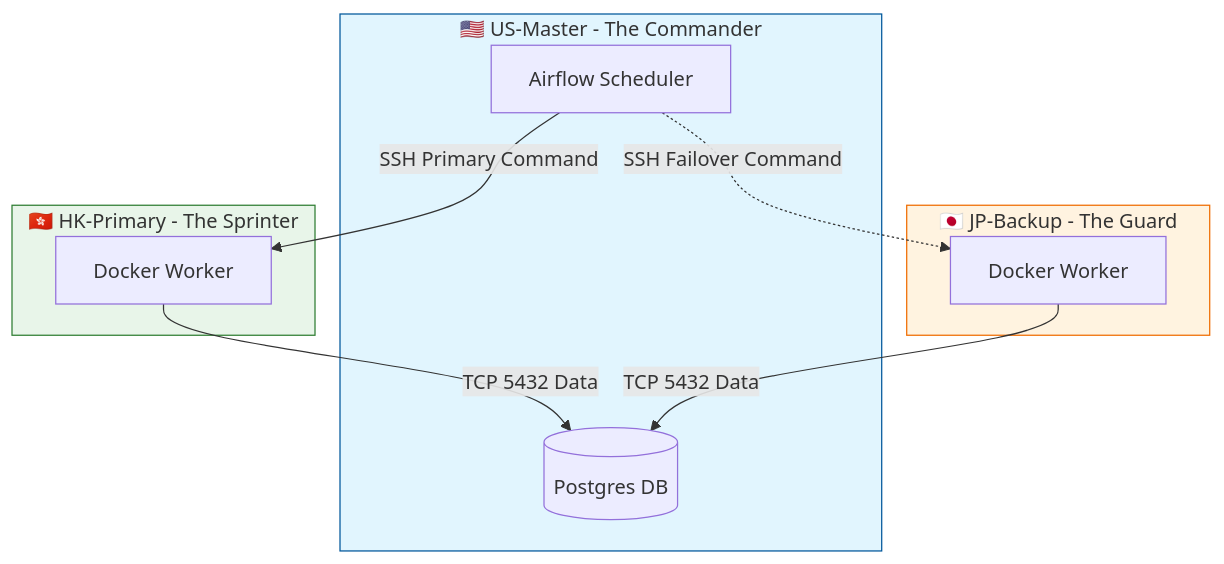
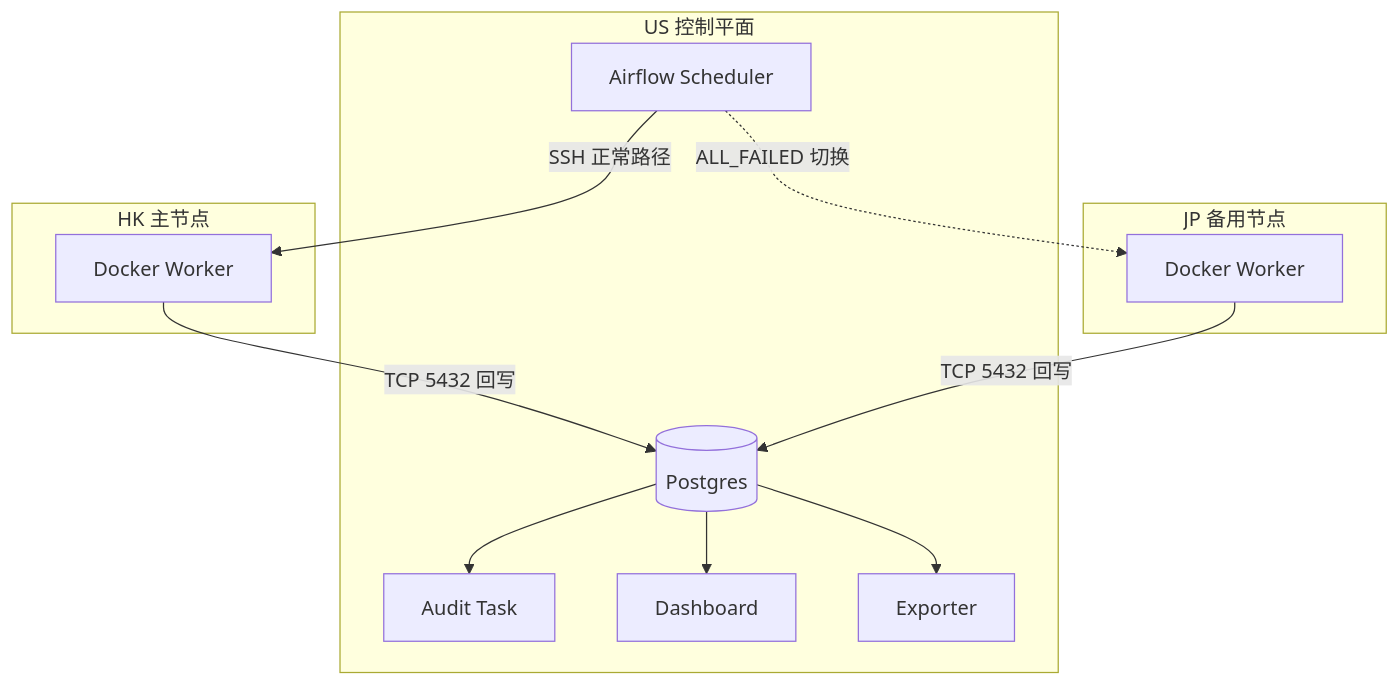
One commit to CLampard-Y/financial-anomaly-detection changed the diagram in docs/architecture_design.md. Above: the diagram before and after it, drawn with Mermaid. The commit also changed other lines of this file and 16 other files, not shown here.

````diff
--- a/docs/architecture_design.md
+++ b/docs/architecture_design.md
@@ -19,24 +40,26 @@
 ```mermaid
 graph TD
-    subgraph US_Region["🇺🇸 US-Master - The Commander"]
-        Airflow[Airflow Scheduler]
-        DB[(Postgres DB)]
+    subgraph US[US 控制平面]
+        AF[Airflow Scheduler]
+        PG[(Postgres)]
+        AU[Audit Task]
+        DS[Dashboard]
+        EX[Exporter]
     end
 
-    subgraph HK_Region["🇭🇰 HK-Primary - The Sprinter"]
-        WorkerHK[Docker Worker]
+    subgraph HK[HK 主节点]
+        HKW[Docker Worker]
     end
 
-    subgraph JP_Region["🇯🇵 JP-Backup - The Guard"]
-        WorkerJP[Docker Worker]
+    subgraph JP[JP 备用节点]
+        JPW[Docker Worker]
     end
 
-    Airflow -->|SSH Primary Command| WorkerHK
-    Airflow -.->|SSH Failover Command| WorkerJP
-    WorkerHK -->|TCP 5432 Data| DB
-    WorkerJP -->|TCP 5432 Data| DB
-
-    style US_Region fill:#e1f5fe,stroke:#01579b
-    style HK_Region fill:#e8f5e9,stroke:#2e7d32
-    style JP_Region fill:#fff3e0,stroke:#ef6c00
+    AF -->|SSH 正常路径| HKW
+    AF -.->|ALL_FAILED 切换| JPW
+    HKW -->|TCP 5432 回写| PG
+    JPW -->|TCP 5432 回写| PG
+    PG --> AU
+    PG --> DS
+    PG --> EX
 ```
````
